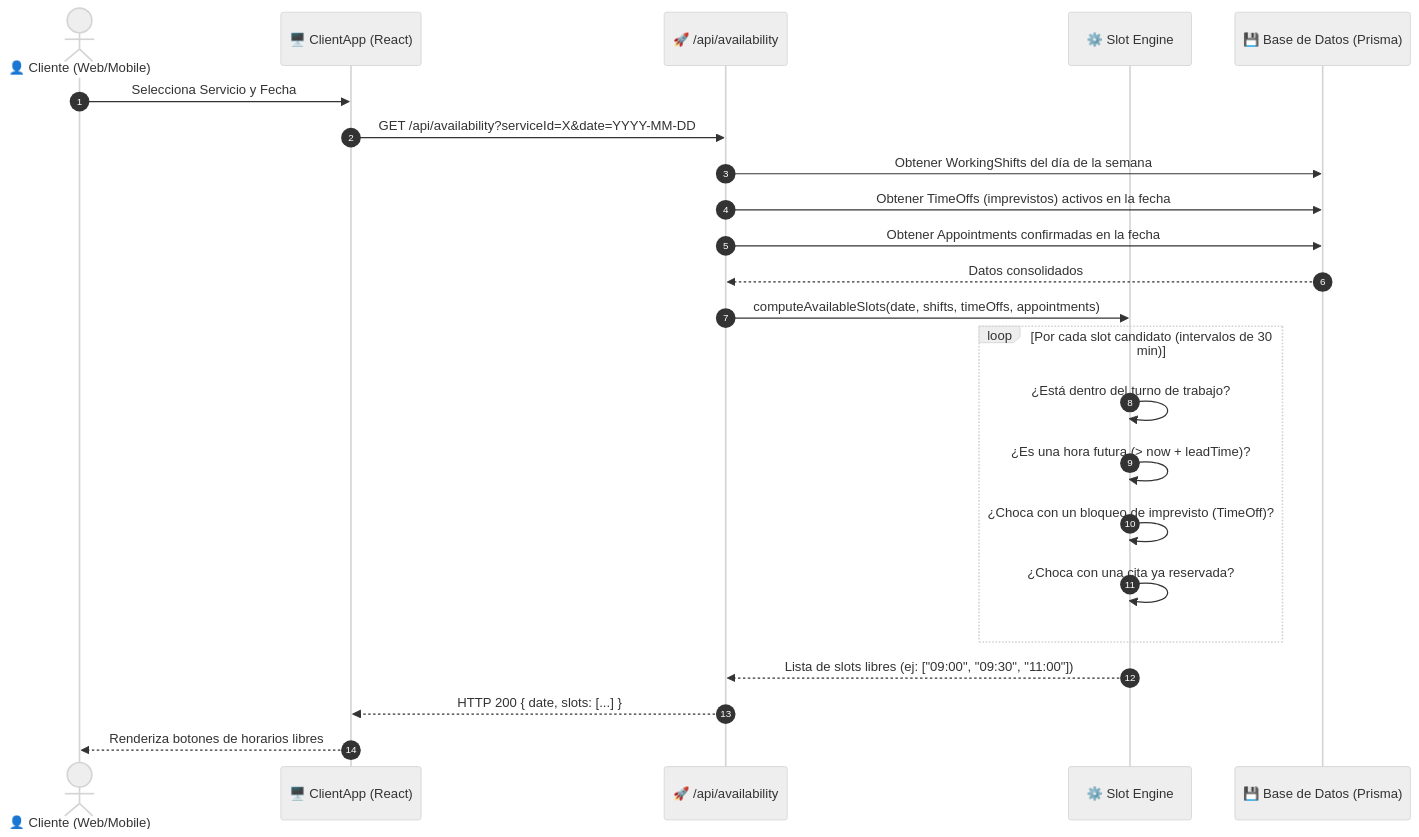
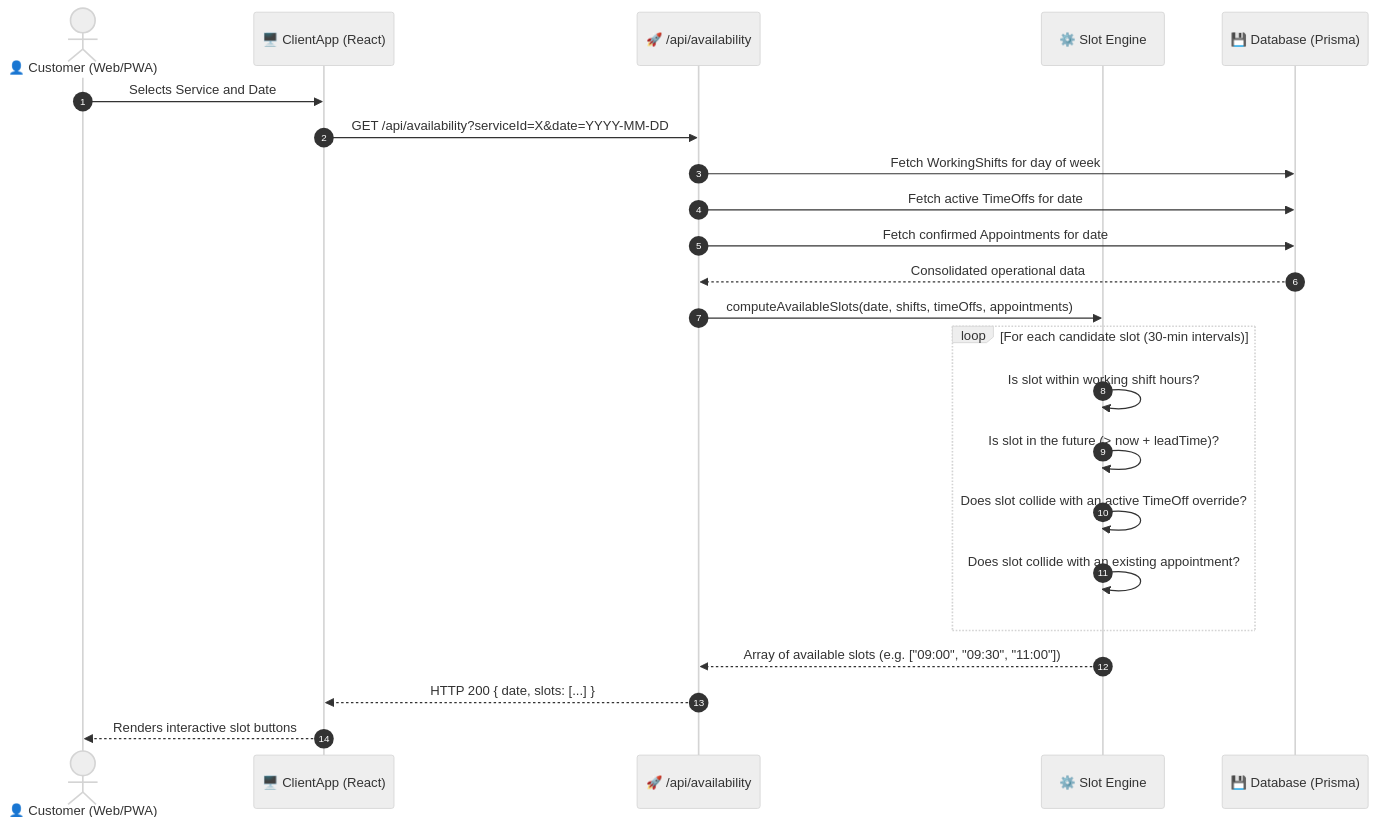
The first of 4 diagrams in docs/FLOWS.md (iamcristian/reservation-microsystem), drawn with Mermaid (neutral theme) before and after one commit. The commit also changed other lines of this file and 17 other files, not shown here.

````diff
--- a/docs/FLOWS.md
+++ b/docs/FLOWS.md
@@ -11,27 +11,27 @@
 ```mermaid
 sequenceDiagram
     autonumber
-    actor Cliente as 👤 Cliente (Web/Mobile)
+    actor Customer as 👤 Customer (Web/PWA)
     participant UI as 🖥️ ClientApp (React)
     participant API as 🚀 /api/availability
     participant Engine as ⚙️ Slot Engine
-    participant DB as 💾 Base de Datos (Prisma)
+    participant DB as 💾 Database (Prisma)
 
-    Cliente->>UI: Selecciona Servicio y Fecha
+    Customer->>UI: Selects Service and Date
     UI->>API: GET /api/availability?serviceId=X&date=YYYY-MM-DD
-    API->>DB: Obtener WorkingShifts del día de la semana
-    API->>DB: Obtener TimeOffs (imprevistos) activos en la fecha
-    API->>DB: Obtener Appointments confirmadas en la fecha
-    DB-->>API: Datos consolidados
+    API->>DB: Fetch WorkingShifts for day of week
+    API->>DB: Fetch active TimeOffs for date
+    API->>DB: Fetch confirmed Appointments for date
+    DB-->>API: Consolidated operational data
     
     API->>Engine: computeAvailableSlots(date, shifts, timeOffs, appointments)
-    loop Por cada slot candidato (intervalos de 30 min)
-        Engine->>Engine: ¿Está dentro del turno de trabajo?
-        Engine->>Engine: ¿Es una hora futura (> now + leadTime)?
-        Engine->>Engine: ¿Choca con un bloqueo de imprevisto (TimeOff)?
-        Engine->>Engine: ¿Choca con una cita ya reservada?
+    loop For each candidate slot (30-min intervals)
+        Engine->>Engine: Is slot within working shift hours?
+        Engine->>Engine: Is slot in the future (> now + leadTime)?
+        Engine->>Engine: Does slot collide with an active TimeOff override?
+        Engine->>Engine: Does slot collide with an existing appointment?
     end
-    Engine-->>API: Lista de slots libres (ej: ["09:00", "09:30", "11:00"])
+    Engine-->>API: Array of available slots (e.g. ["09:00", "09:30", "11:00"])
     API-->>UI: HTTP 200 { date, slots: [...] }
-    UI-->>Cliente: Renderiza botones de horarios libres
+    UI-->>Customer: Renders interactive slot buttons
 ```
````
